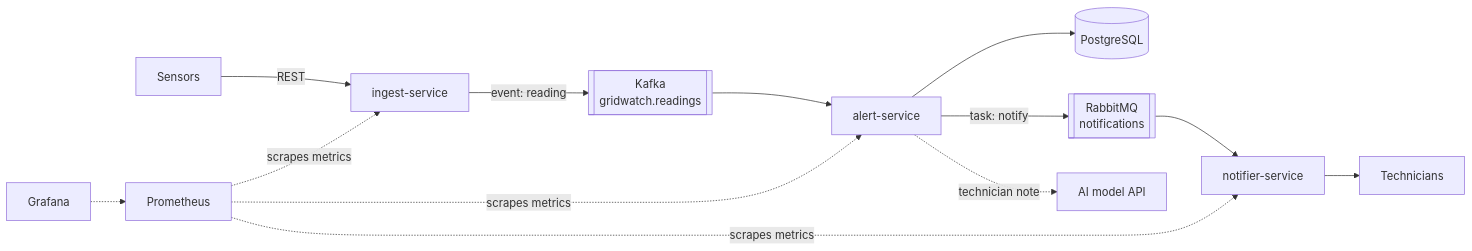
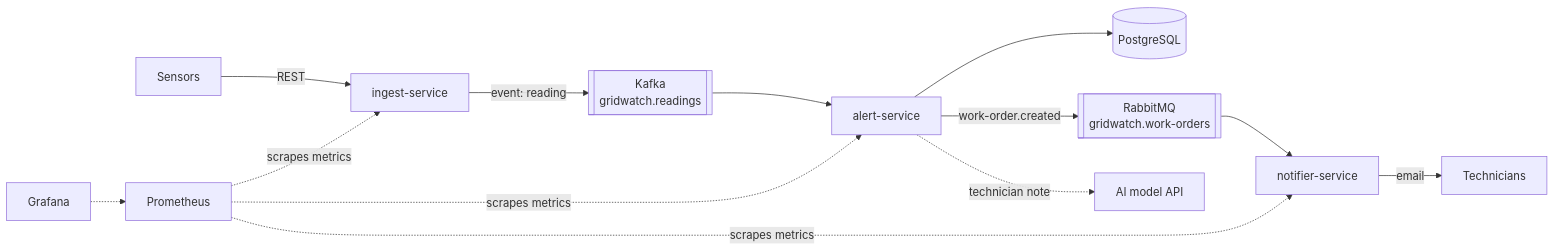
Before and after one commit to hapiKzm/gridwatch: the diagram in README.md, drawn with Mermaid. The commit also changed other lines of this file and 3 other files, not shown here.

Commit message:
docs: add week 3 notes and update readme, setup and architecture for notifier-service

````diff
--- a/README.md
+++ b/README.md
@@ -25,13 +25,13 @@
 ```mermaid
 flowchart LR
     sensors["Sensors"] -->|"REST"| ingest["ingest-service"]
     ingest -->|"event: reading"| kafka[["Kafka<br/>gridwatch.readings"]]
     kafka --> alert["alert-service"]
     alert --> db[("PostgreSQL")]
-    alert -->|"task: notify"| rabbit[["RabbitMQ<br/>notifications"]]
+    alert -->|"work-order.created"| rabbit[["RabbitMQ<br/>gridwatch.work-orders"]]
     rabbit --> notifier["notifier-service"]
-    notifier --> tech["Technicians"]
+    notifier -->|"email"| tech["Technicians"]
     alert -.->|"technician note"| ai["AI model API"]
     prom["Prometheus"] -.->|"scrapes metrics"| ingest & alert & notifier
     grafana["Grafana"] -.-> prom
 ```
````
